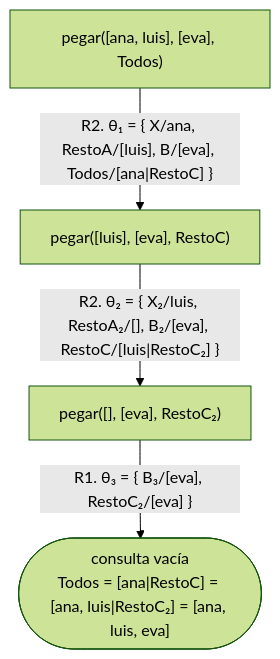
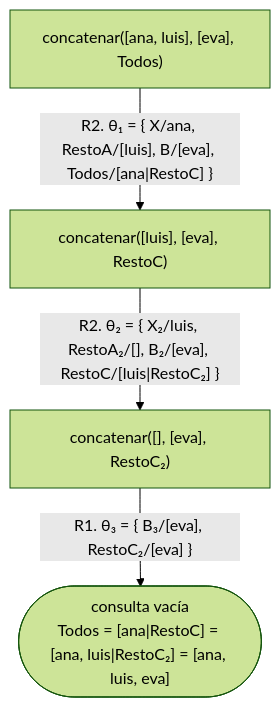
The seventh of 10 diagrams in docs/capitulo-07-listas/index.md (CesarBallardini/curso-de-prolog), drawn with Mermaid (forest theme) before and after one commit. The commit also changed other lines of this file and 3274 other files, not shown here.

````diff
--- a/docs/capitulo-07-listas/index.md
+++ b/docs/capitulo-07-listas/index.md
@@ -413,6 +413,6 @@
 ```mermaid
 flowchart TD
-    A["pegar([ana, luis], [eva], Todos)"] -- "R2. θ₁ = {&nbsp;X/ana, RestoA/[luis], B/[eva], Todos/[ana|RestoC]&nbsp;}" --> B["pegar([luis], [eva], RestoC)"]
-    B -- "R2. θ₂ = {&nbsp;X₂/luis, RestoA₂/[], B₂/[eva], RestoC/[luis|RestoC₂]&nbsp;}" --> C["pegar([], [eva], RestoC₂)"]
+    A["concatenar([ana, luis], [eva], Todos)"] -- "R2. θ₁ = {&nbsp;X/ana, RestoA/[luis], B/[eva], Todos/[ana|RestoC]&nbsp;}" --> B["concatenar([luis], [eva], RestoC)"]
+    B -- "R2. θ₂ = {&nbsp;X₂/luis, RestoA₂/[], B₂/[eva], RestoC/[luis|RestoC₂]&nbsp;}" --> C["concatenar([], [eva], RestoC₂)"]
     C -- "R1. θ₃ = {&nbsp;B₃/[eva], RestoC₂/[eva]&nbsp;}" --> S(["consulta vacía<br/>Todos = [ana|RestoC] = [ana, luis|RestoC₂] = [ana, luis, eva]"])
 ```
````
